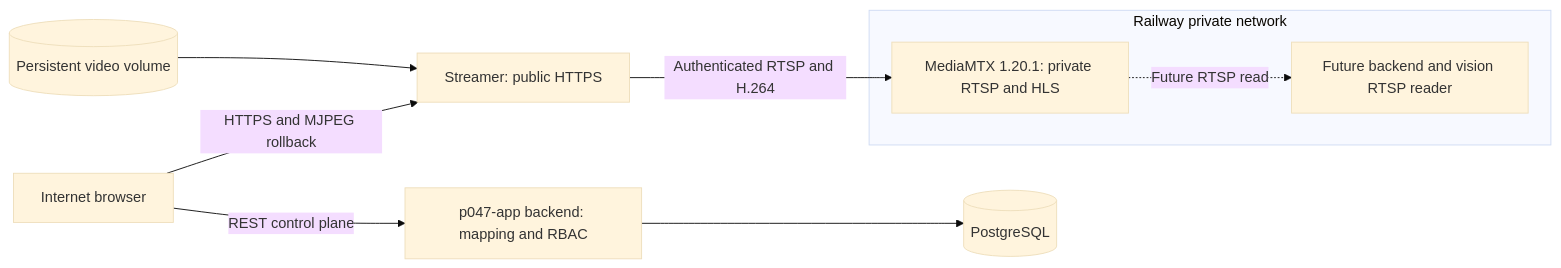
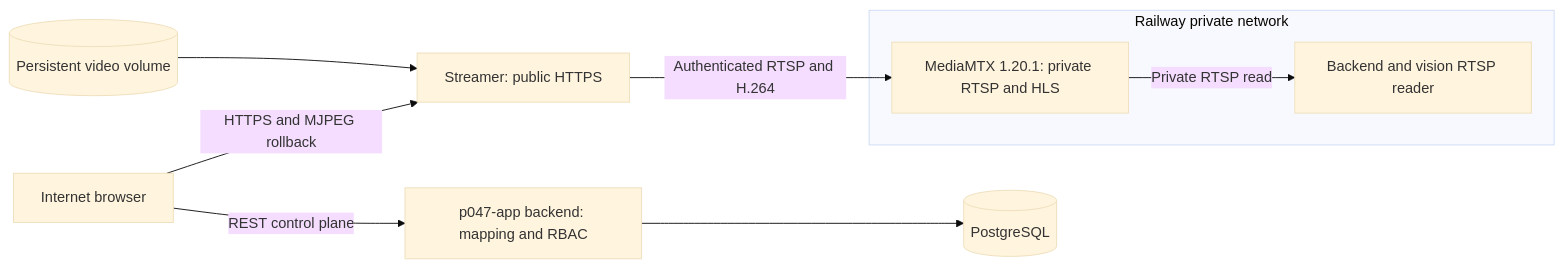
One commit to NguyenNhat4/Sentiel-safety-intelligent changed the fourth of 4 diagrams in ARCHITECTURE.md. Above: the diagram before and after it, drawn with Mermaid (base theme). The commit also changed other lines of this file and 48 other files, not shown here.

````diff
--- a/ARCHITECTURE.md
+++ b/ARCHITECTURE.md
@@ -120,16 +120,16 @@
 ```mermaid
 flowchart LR
     browser[Internet browser] -->|HTTPS and MJPEG rollback| streamer["Streamer: public HTTPS"]
     volume[(Persistent video volume)] --> streamer
 
     subgraph privateNetwork[Railway private network]
         mediamtx["MediaMTX 1.20.1: private RTSP and HLS"]
-        vision[Future backend and vision RTSP reader]
+        vision[Backend and vision RTSP reader]
     end
 
     streamer -->|Authenticated RTSP and H.264| mediamtx
-    mediamtx -.->|Future RTSP read| vision
+    mediamtx -->|Private RTSP read| vision
 
     browser -->|REST control plane| backend["p047-app backend: mapping and RBAC"]
     backend --> postgres[(PostgreSQL)]
 ```
````
